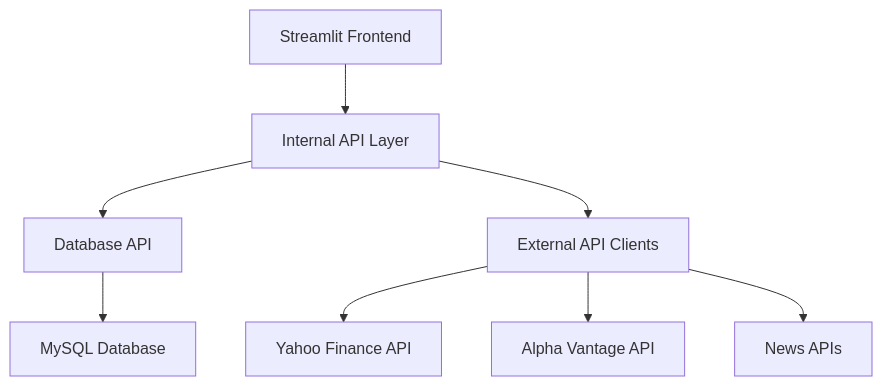
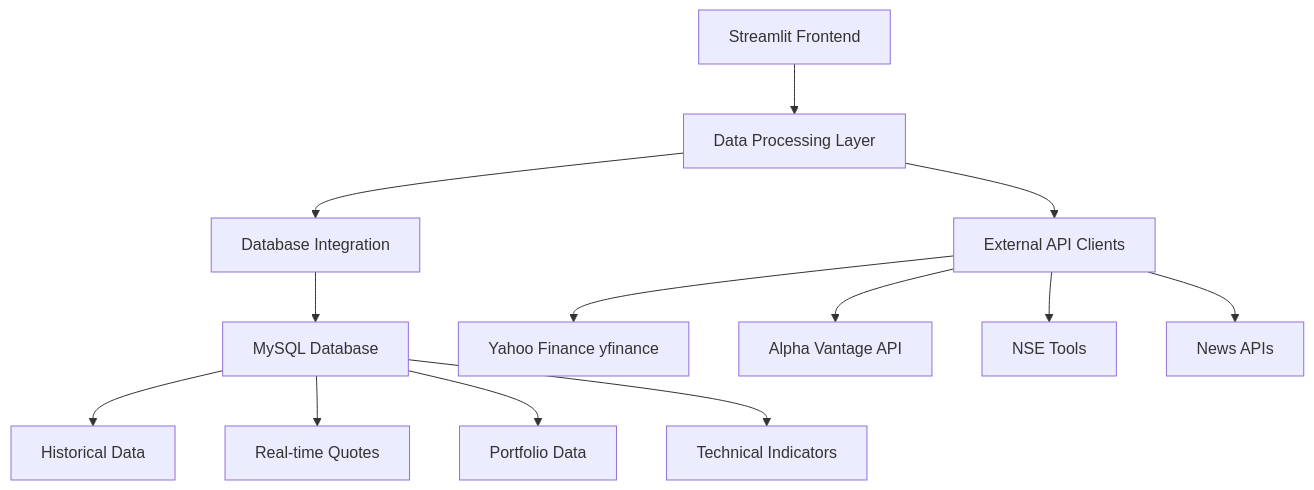
The diagram in StockMarketApp/doc/api_documentation.md (ab-2019blr/simpleprojects), drawn with Mermaid before and after one commit. The commit also changed other lines of this file and 6 other files, not shown here.

````diff
--- a/StockMarketApp/doc/api_documentation.md
+++ b/StockMarketApp/doc/api_documentation.md
@@ -23,10 +28,16 @@
 ```mermaid
 graph TD
-    A[Streamlit Frontend] --> B[Internal API Layer]
-    B --> C[Database API]
+    A[Streamlit Frontend] --> B[Data Processing Layer]
+    B --> C[Database Integration]
     B --> D[External API Clients]
     C --> E[MySQL Database]
-    D --> F[Yahoo Finance API]
+    D --> F[Yahoo Finance yfinance]
     D --> G[Alpha Vantage API]
-    D --> H[News APIs]
+    D --> H[NSE Tools]
+    D --> I[News APIs]
+    
+    E --> J[Historical Data]
+    E --> K[Real-time Quotes]
+    E --> L[Portfolio Data]
+    E --> M[Technical Indicators]
 ```
````
